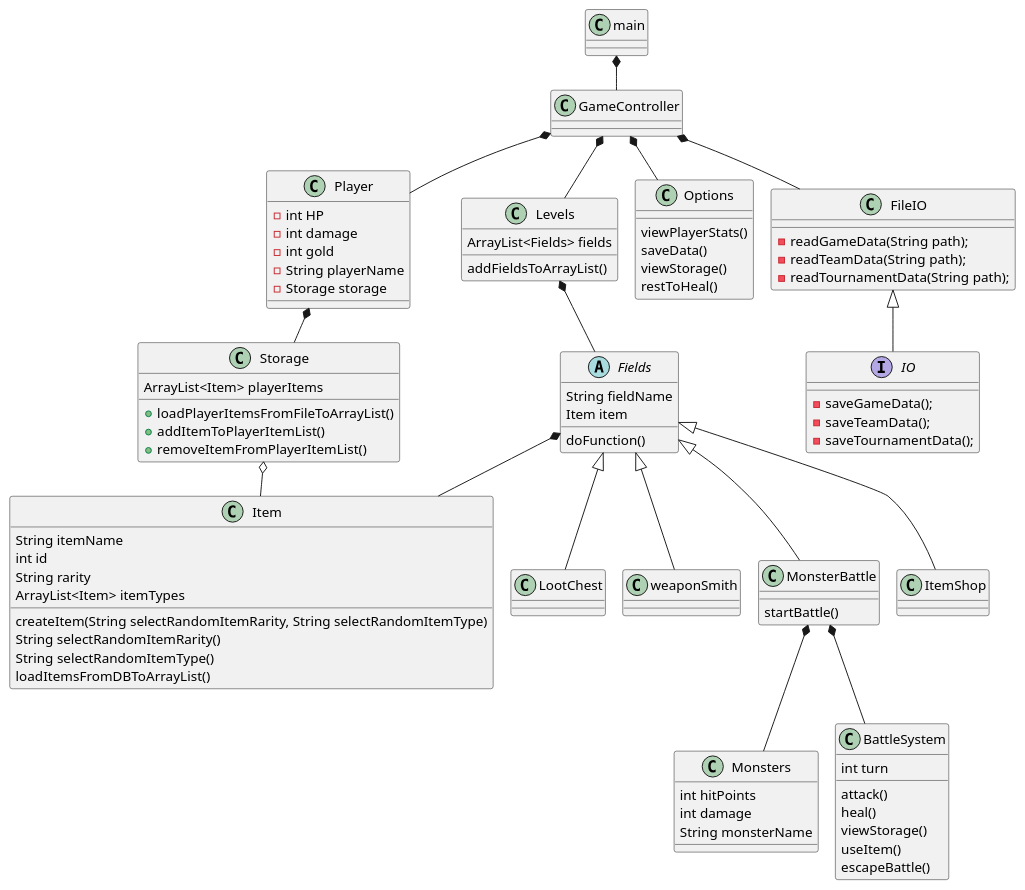
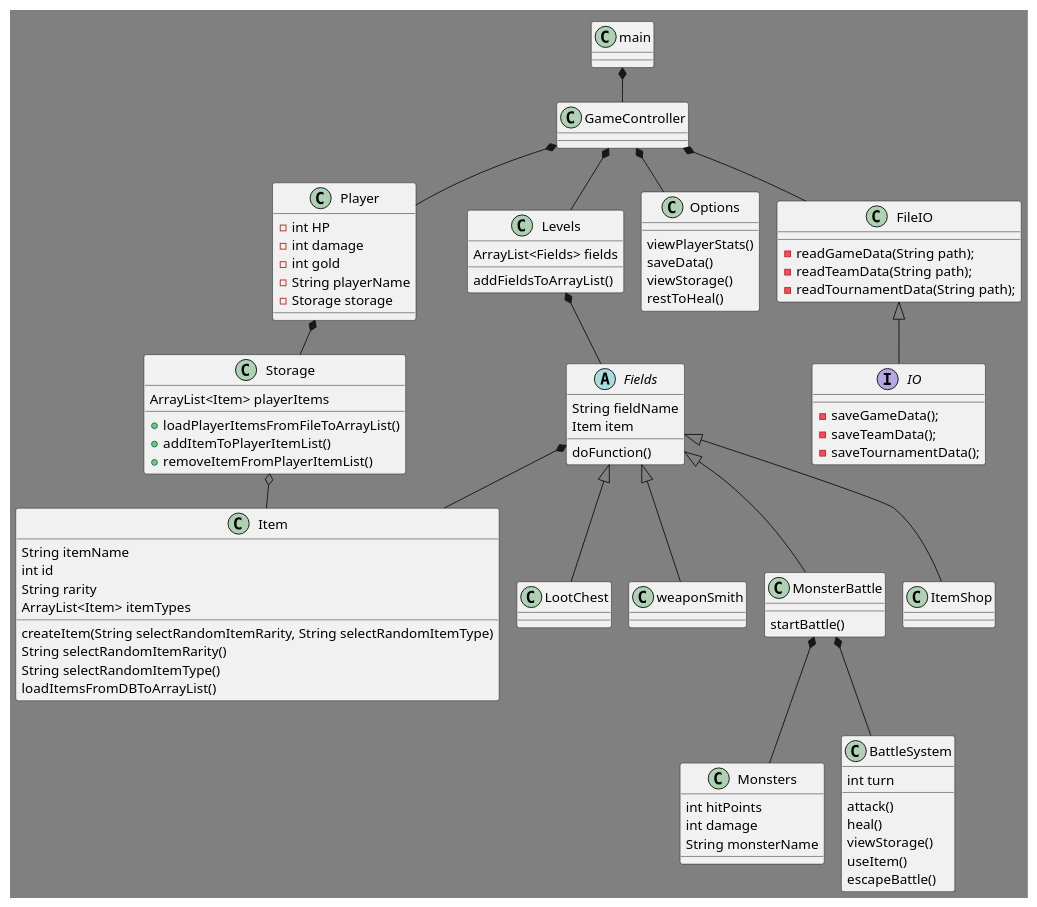
The diagram in src/resources/uml-diagrams/Class-Diagram.puml (AbdullahMarwan/CPH-IceProject-DungeonCrawler), drawn with PlantUML before and after one commit.

Commit message:
Changed background color

```diff
--- a/src/resources/uml-diagrams/Class-Diagram.puml
+++ b/src/resources/uml-diagrams/Class-Diagram.puml
@@ -1,128 +1,128 @@
 @startuml
 'https://plantuml.com/class-diagram
 
 !pragma layout smetana
 
 
-
+skinparam backgroundColor gray
 
 class main {
 }
 
 class Player {
 - int HP
 - int damage
 - int gold
 - String playerName
 - Storage storage
 }
 
 class Monsters {
 int hitPoints
 int damage
 String monsterName
 }
 
 class BattleSystem {
 int turn
 
 attack()
 heal()
 viewStorage()
 useItem()
 escapeBattle()
 }
 
 class GameController{
 
 }
 
 class Storage {
 ArrayList<Item> playerItems
 
 + loadPlayerItemsFromFileToArrayList()
 + addItemToPlayerItemList()
 + removeItemFromPlayerItemList()
 }
 
 class Levels {
 ArrayList<Fields> fields
 
 addFieldsToArrayList()
 }
 
 class Item {
 String itemName
 int id
 String rarity
 ArrayList<Item> itemTypes
 
 createItem(String selectRandomItemRarity, String selectRandomItemType)
 String selectRandomItemRarity()
 String selectRandomItemType()
 loadItemsFromDBToArrayList()
 }
 
 class LootChest {
 }
 
 abstract class Fields {
 String fieldName
 Item item
 
 doFunction()
 }
 
 class weaponSmith{
 }
 
 class MonsterBattle {
 
 startBattle()
 }
 
 class ItemShop {
 }
 
 class Options {
 
 viewPlayerStats()
 saveData()
 viewStorage()
 restToHeal()
 }
 
 interface IO {
     - saveGameData();
     - saveTeamData();
     - saveTournamentData();
 
 }
 
 class FileIO {
     - readGameData(String path);
     - readTeamData(String path);
     - readTournamentData(String path);
 }
 
 main *-- GameController
 GameController *-- Player
 GameController *-- Levels
 GameController *-- Options
 Player *-- Storage
 Storage o-- Item
 Levels *-- Fields
 Fields <|-- ItemShop
 Fields <|-- LootChest
 Fields <|-- weaponSmith
 Fields <|-- MonsterBattle
 GameController *-- FileIO
 MonsterBattle *-- Monsters
 MonsterBattle *-- BattleSystem
 
 FileIO <|-- IO
 'Spørg om pilen fra IO vender rigtigt'
 
 Fields *-- Item
 
 @enduml
```
